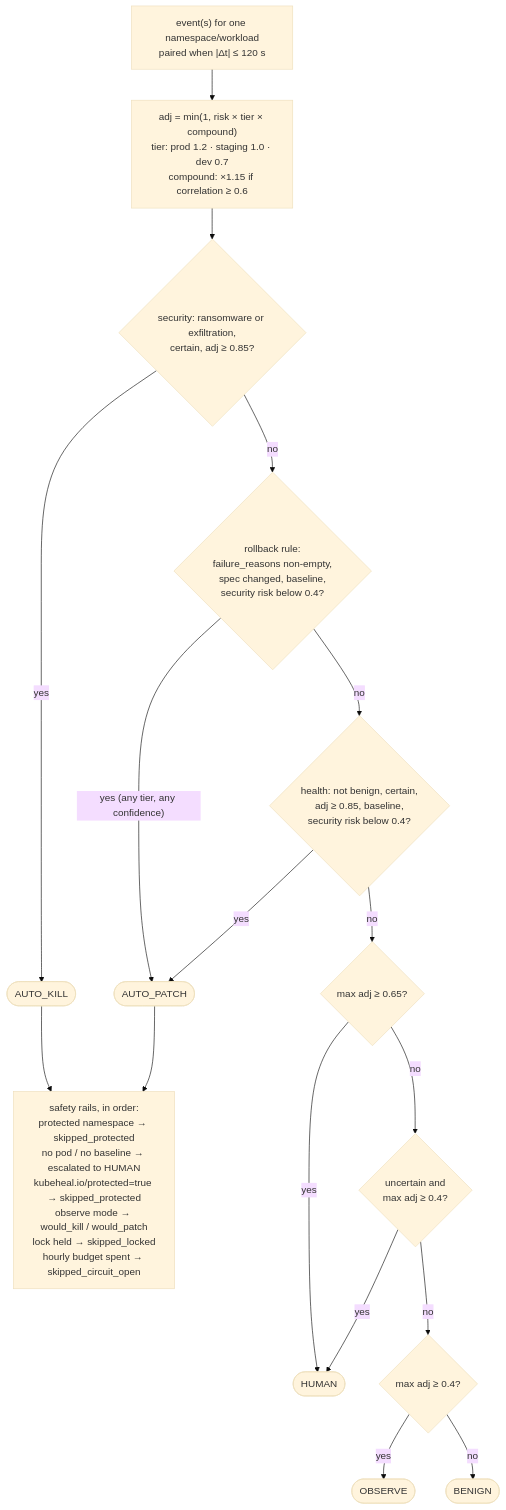
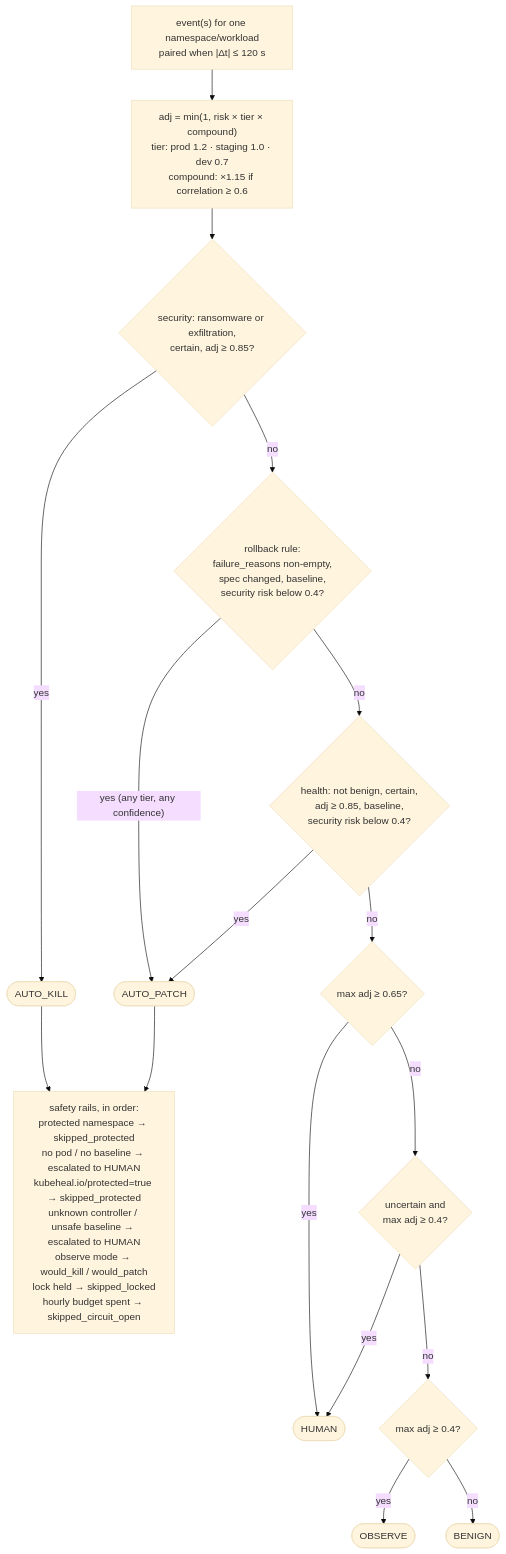
Before and after one commit to PRATHVI9607/Unisys_Model: the first of 3 diagrams in docs/architecture.md, drawn with Mermaid (base theme). The commit also changed other lines of this file and 25 other files, not shown here.

````diff
--- a/docs/architecture.md
+++ b/docs/architecture.md
@@ -167,20 +171,20 @@
 ```mermaid
 flowchart TD
   IN["event(s) for one namespace/workload<br/>paired when |Δt| ≤ 120 s"] --> ADJ["adj = min(1, risk × tier × compound)<br/>tier: prod 1.2 · staging 1.0 · dev 0.7<br/>compound: ×1.15 if correlation ≥ 0.6"]
   ADJ --> KILL{"security: ransomware or exfiltration,<br/>certain, adj ≥ 0.85?"}
   KILL -- yes --> AK(["AUTO_KILL"])
   KILL -- no --> RULE{"rollback rule:<br/>failure_reasons non-empty,<br/>spec changed, baseline,<br/>security risk below 0.4?"}
   RULE -- "yes (any tier, any confidence)" --> AP(["AUTO_PATCH"])
   RULE -- no --> MODEL{"health: not benign, certain,<br/>adj ≥ 0.85, baseline,<br/>security risk below 0.4?"}
   MODEL -- yes --> AP
   MODEL -- no --> HU1{"max adj ≥ 0.65?"}
   HU1 -- yes --> HU(["HUMAN"])
   HU1 -- no --> HU2{"uncertain and<br/>max adj ≥ 0.4?"}
   HU2 -- yes --> HU
   HU2 -- no --> OB1{"max adj ≥ 0.4?"}
   OB1 -- yes --> OB(["OBSERVE"])
   OB1 -- no --> BE(["BENIGN"])
   AK --> RAILS
   AP --> RAILS
-  RAILS["safety rails, in order:<br/>protected namespace → skipped_protected<br/>no pod / no baseline → escalated to HUMAN<br/>kubeheal.io/protected=true → skipped_protected<br/>observe mode → would_kill / would_patch<br/>lock held → skipped_locked<br/>hourly budget spent → skipped_circuit_open"]
+  RAILS["safety rails, in order:<br/>protected namespace → skipped_protected<br/>no pod / no baseline → escalated to HUMAN<br/>kubeheal.io/protected=true → skipped_protected<br/>unknown controller / unsafe baseline → escalated to HUMAN<br/>observe mode → would_kill / would_patch<br/>lock held → skipped_locked<br/>hourly budget spent → skipped_circuit_open"]
 ```
````
